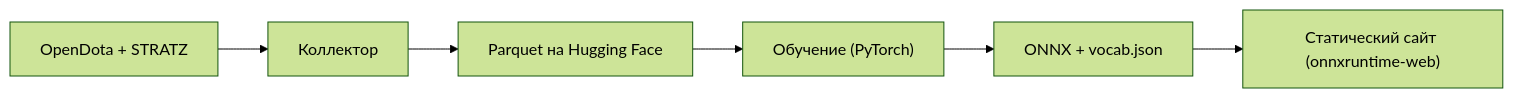
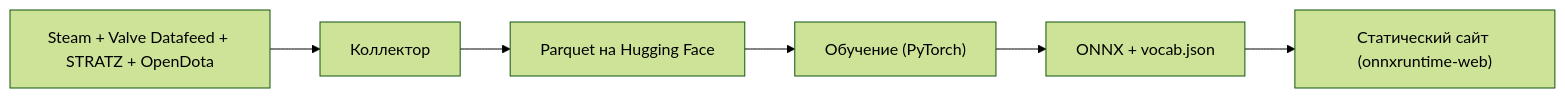
Before and after one commit to ElRizeru/d2oracle: the diagram in README.ru.md, drawn with Mermaid (forest theme). The commit also changed other lines of this file and 24 other files, not shown here.

Commit message:
Integrate Steam Web API and Valve Datafeed for patch 7.42 collection

````diff
--- a/README.ru.md
+++ b/README.ru.md
@@ -50,8 +50,8 @@
 ```mermaid
 flowchart LR
-    A["OpenDota + STRATZ"] --> B["Коллектор"]
+    A["Steam + Valve Datafeed + STRATZ + OpenDota"] --> B["Коллектор"]
     B --> C["Parquet на Hugging Face"]
     C --> D["Обучение (PyTorch)"]
     D --> E["ONNX + vocab.json"]
     E --> F["Статический сайт (onnxruntime-web)"]
 ```
````
